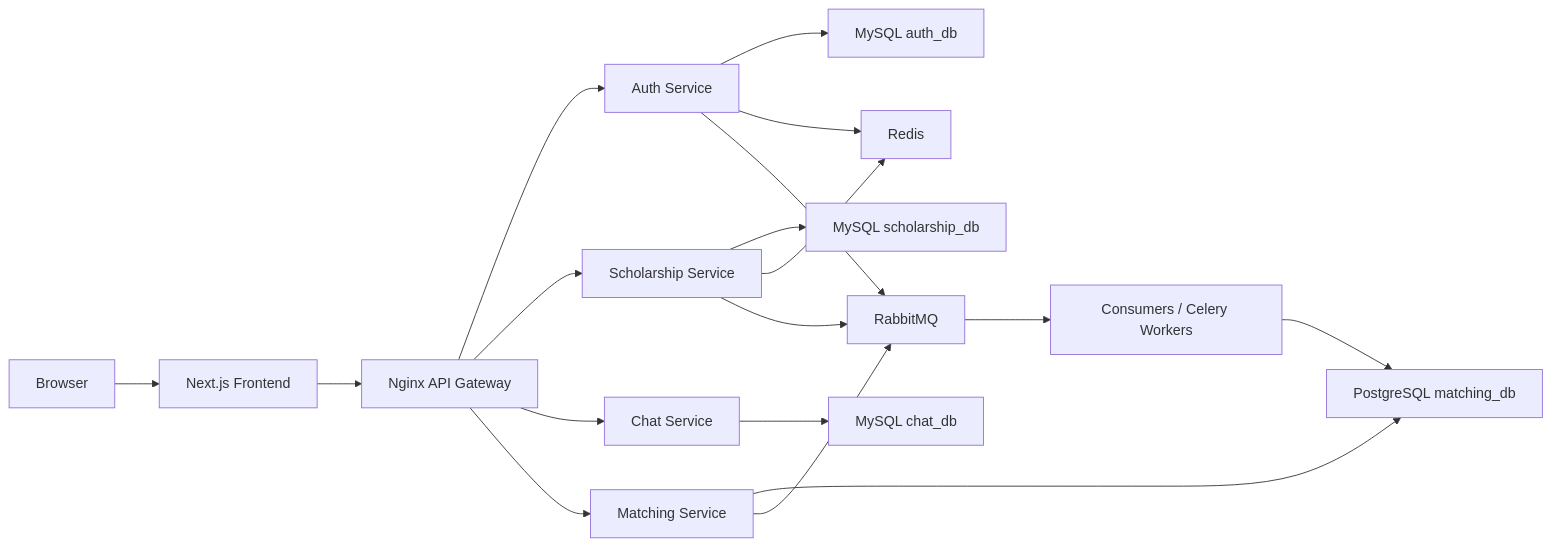
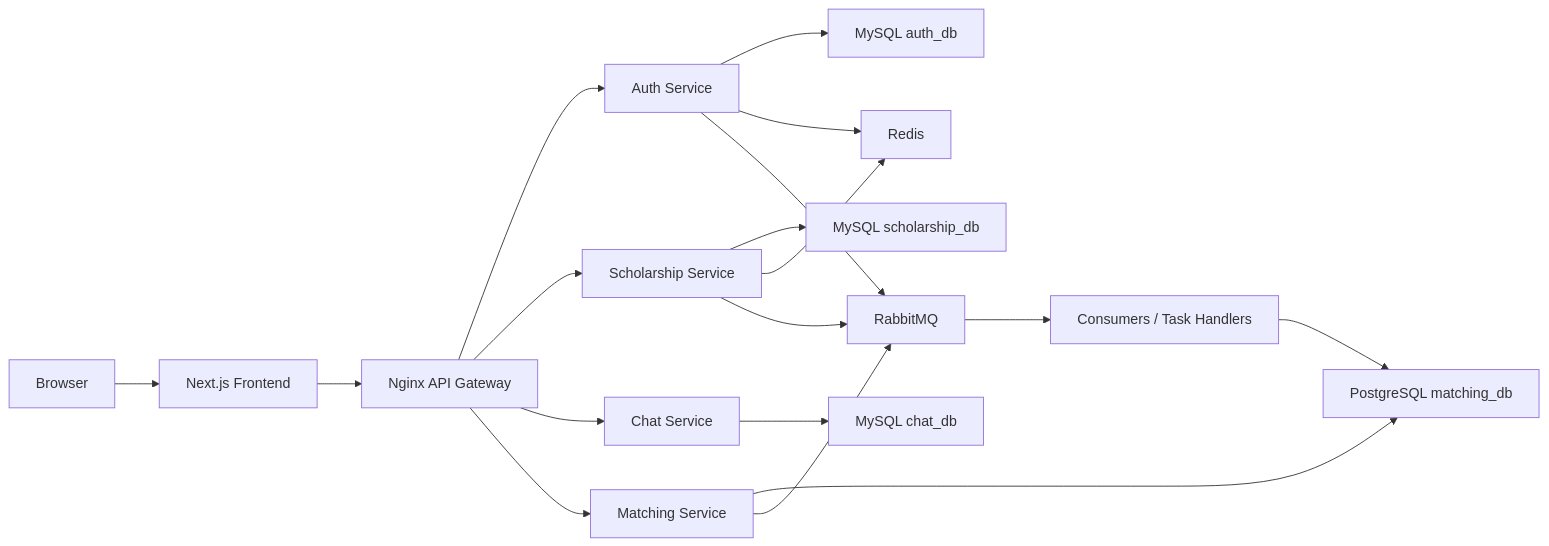
Before and after one commit to hunter875/edumatch-production: the diagram in docs/index.md, drawn with Mermaid. The commit also changed 16 other files, not shown here.

````diff
--- a/docs/index.md
+++ b/docs/index.md
@@ -10,23 +10,23 @@
 ```mermaid
 flowchart LR
     User["Browser"] --> FE["Next.js Frontend"]
     FE --> GW["Nginx API Gateway"]
 
     GW --> Auth["Auth Service"]
     GW --> Scholarship["Scholarship Service"]
     GW --> Chat["Chat Service"]
     GW --> Matching["Matching Service"]
 
     Auth --> AuthDb["MySQL auth_db"]
     Scholarship --> ScholarshipDb["MySQL scholarship_db"]
     Chat --> ChatDb["MySQL chat_db"]
     Matching --> MatchingDb["PostgreSQL matching_db"]
 
     Auth --> Redis["Redis"]
     Scholarship --> Redis
     Scholarship --> Rabbit["RabbitMQ"]
     Auth --> Rabbit
     Matching --> Rabbit
-    Rabbit --> Workers["Consumers / Celery Workers"]
+    Rabbit --> Workers["Consumers / Task Handlers"]
     Workers --> MatchingDb
 ```
````
